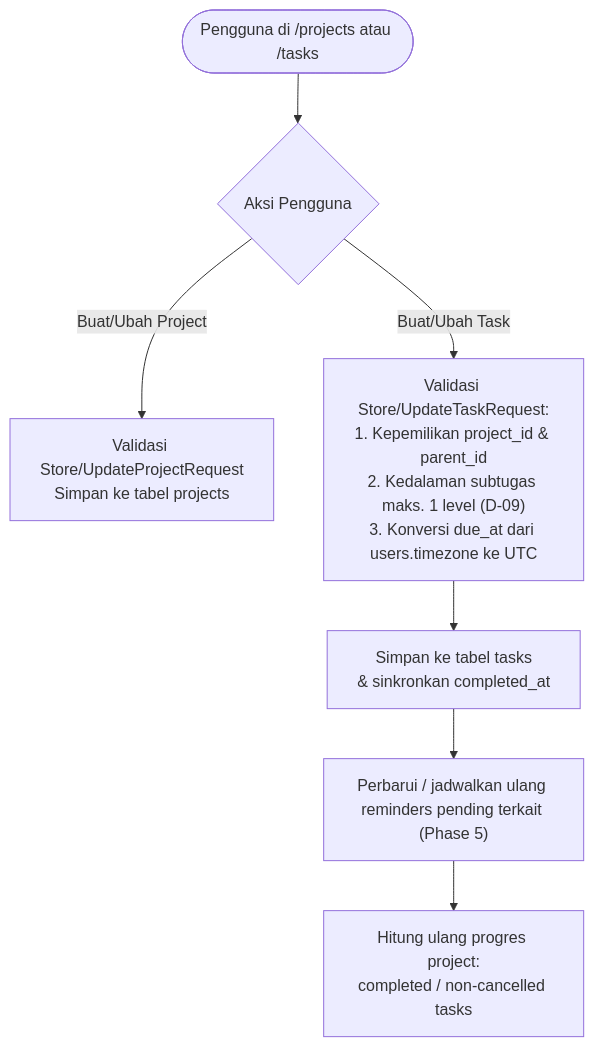
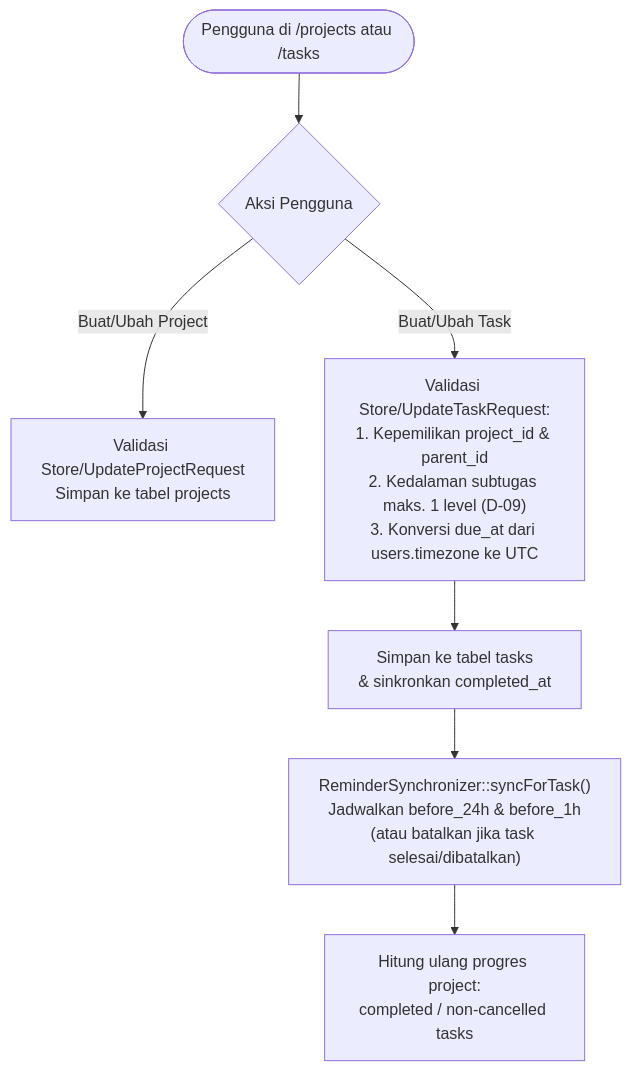
Before and after one commit to fardhanfahrezy/managjeh_react: the second of 6 diagrams in docs/USER_FLOW.md, drawn with Mermaid. The commit also changed other lines of this file and 2 other files, not shown here.

Commit message:
docs(product): update PRD phase history, business rules, and user flow diagrams

````diff
--- a/docs/USER_FLOW.md
+++ b/docs/USER_FLOW.md
@@ -27,9 +27,9 @@
 ```mermaid
 flowchart TD
     User(["Pengguna di /projects atau /tasks"]) --> Action{"Aksi Pengguna"}
     Action -->|"Buat/Ubah Project"| SaveProject["Validasi Store/UpdateProjectRequest\nSimpan ke tabel projects"]
     Action -->|"Buat/Ubah Task"| ValidateTask["Validasi Store/UpdateTaskRequest:\n1. Kepemilikan project_id & parent_id\n2. Kedalaman subtugas maks. 1 level (D-09)\n3. Konversi due_at dari users.timezone ke UTC"]
     ValidateTask --> SaveTask["Simpan ke tabel tasks\n& sinkronkan completed_at"]
-    SaveTask --> SyncReminders["Perbarui / jadwalkan ulang reminders pending terkait (Phase 5)"]
+    SaveTask --> SyncReminders["ReminderSynchronizer::syncForTask()\nJadwalkan before_24h & before_1h\n(atau batalkan jika task selesai/dibatalkan)"]
     SyncReminders --> UpdateProgress["Hitung ulang progres project:\ncompleted / non-cancelled tasks"]
 ```
````
